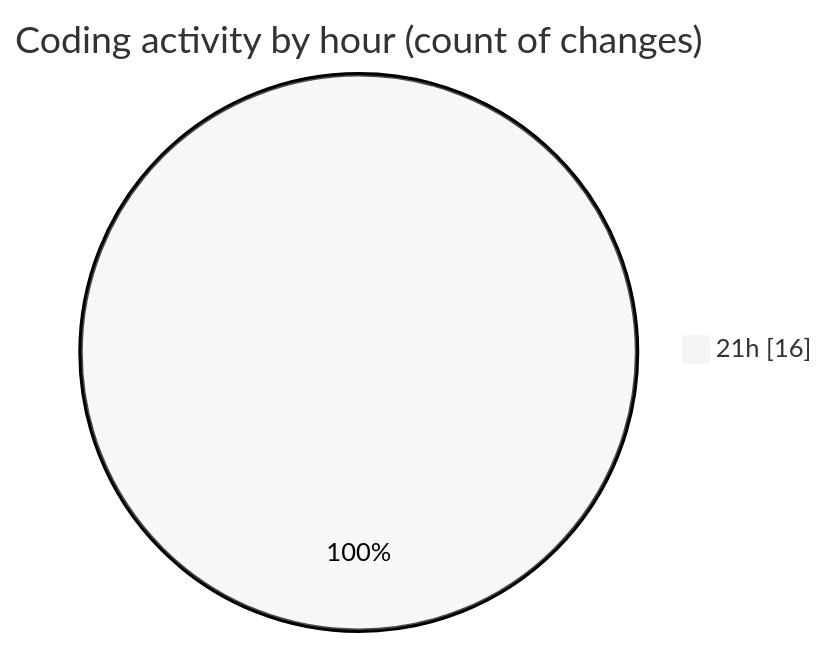
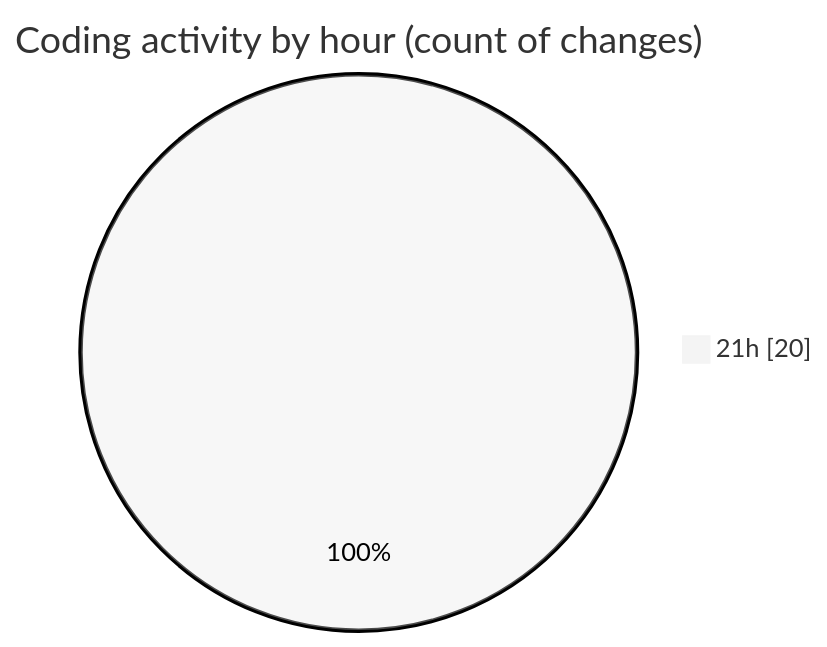
One commit to EIIisD/code-tracking changed the second of 2 diagrams in 2025-08-06/fish/README.md. Above: the diagram before and after it, drawn with Mermaid (neutral theme). The commit also changed other lines of this file and 1 other file, not shown here.

````diff
--- a/2025-08-06/fish/README.md
+++ b/2025-08-06/fish/README.md
@@ -30,5 +30,5 @@
 ```mermaid
 pie showData
 title Coding activity by hour (count of changes)
-"21h" : 16
+"21h" : 20
 ```
````
